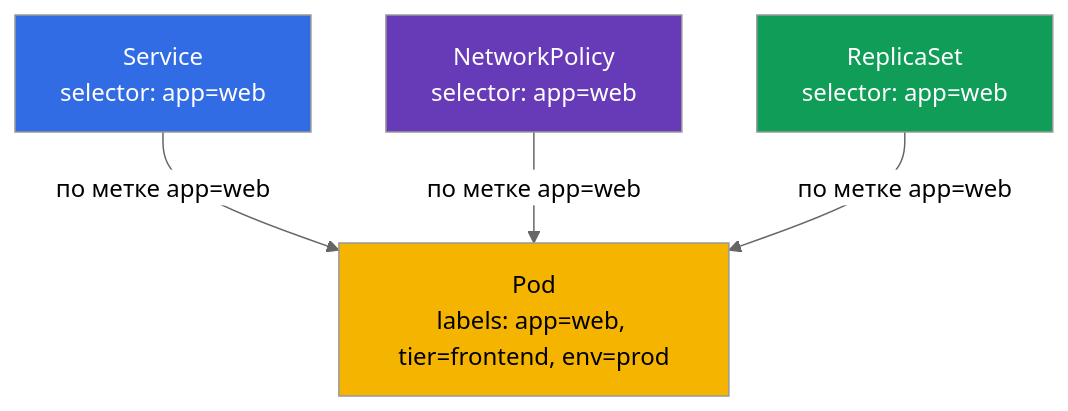
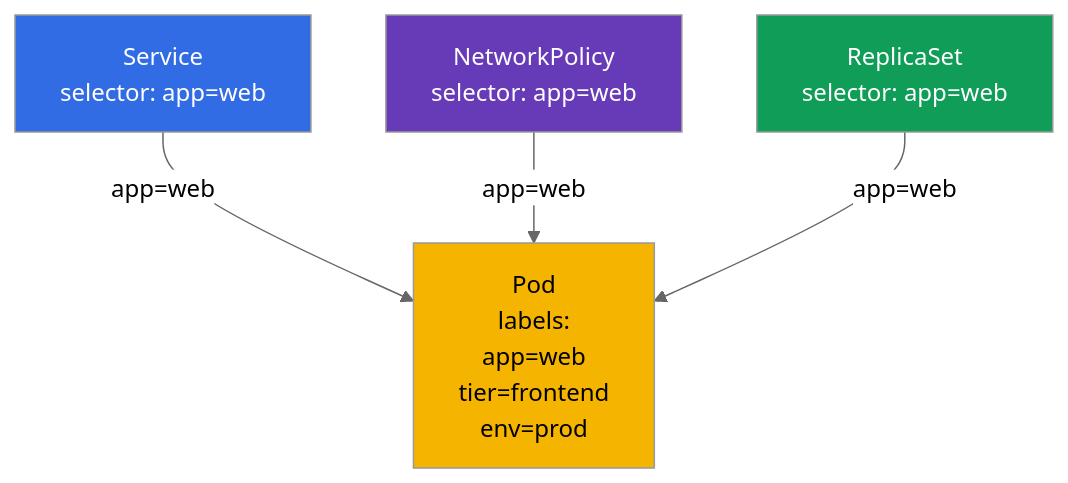
Before and after one commit to ViktorUJ/cks: the fourth of 5 diagrams in tasks/cka/course/06/ru.md, drawn with Mermaid (neutral theme). The commit also changed other lines of this file and 15 other files, not shown here.

````diff
--- a/tasks/cka/course/06/ru.md
+++ b/tasks/cka/course/06/ru.md
@@ -169,14 +181,14 @@
 ```mermaid
 flowchart TB
     svc["Service<br>selector: app=web"]
     np["NetworkPolicy<br>selector: app=web"]
     rs["ReplicaSet<br>selector: app=web"]
-    pod["Pod<br>labels: app=web, tier=frontend, env=prod"]
-    svc -->|"по метке app=web"| pod
-    np -->|"по метке app=web"| pod
-    rs -->|"по метке app=web"| pod
+    pod["Pod<br>labels:<br>app=web<br>tier=frontend<br>env=prod"]
+    svc -->|"app=web"| pod
+    np -->|"app=web"| pod
+    rs -->|"app=web"| pod
     style svc fill:#326ce5,color:#fff
     style np fill:#673ab7,color:#fff
     style rs fill:#0f9d58,color:#fff
     style pod fill:#f4b400,color:#000
 ```
````
